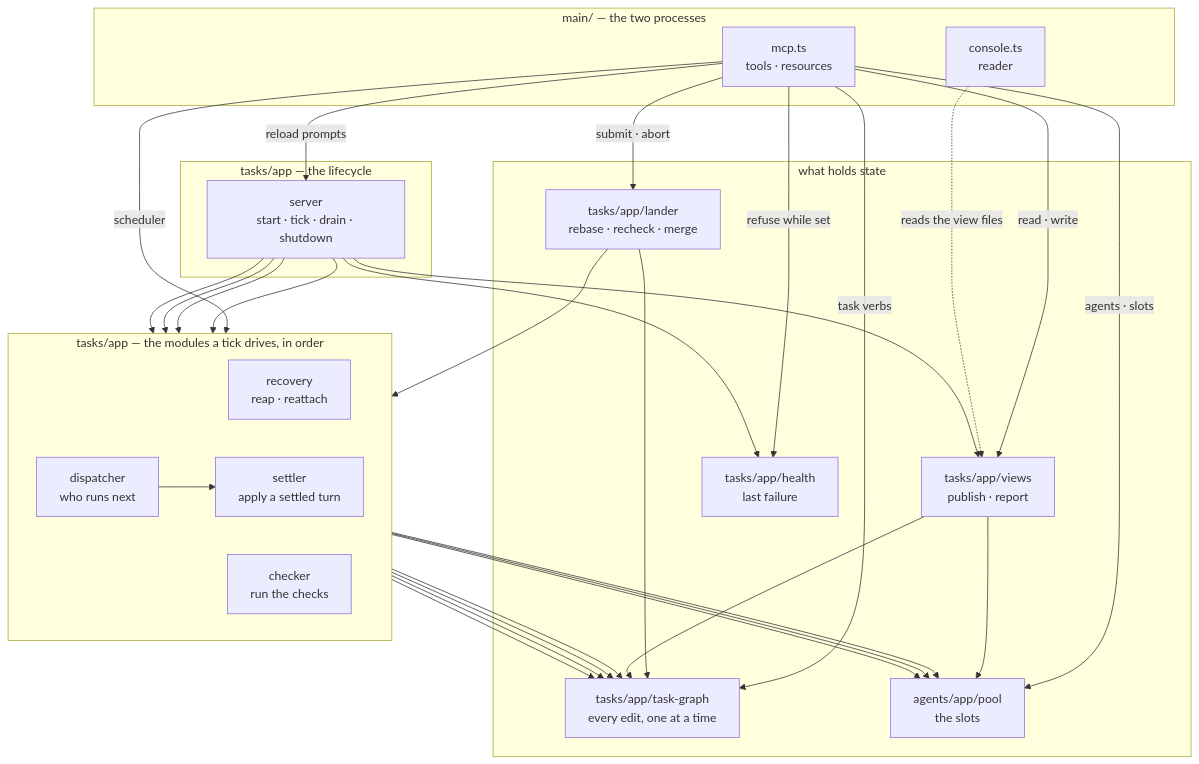
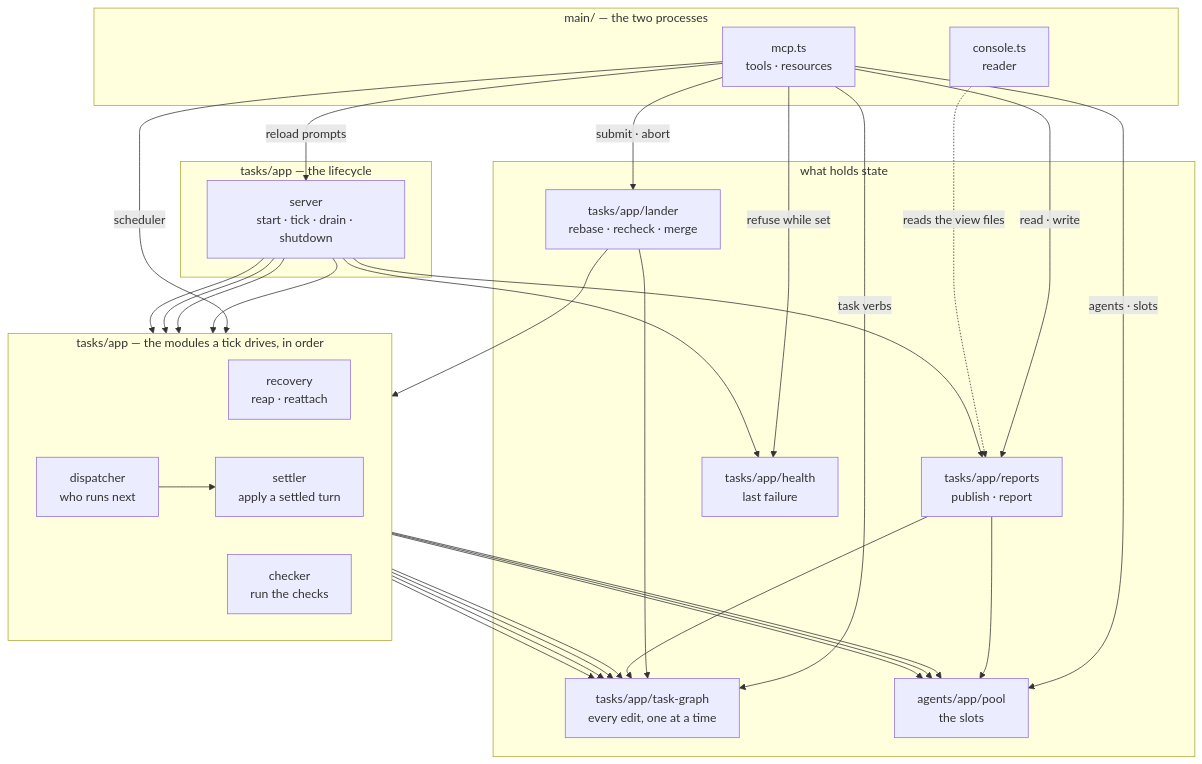
One commit to Pyrolistical/task-graph-template changed the second of 2 diagrams in docs/architecture.md. Above: the diagram before and after it, drawn with Mermaid. The commit also changed other lines of this file and 17 other files, not shown here.

````diff
--- a/docs/architecture.md
+++ b/docs/architecture.md
@@ -135,56 +135,56 @@
 ```mermaid
 flowchart TB
   subgraph procs["main/ — the two processes"]
     mcpTs["mcp.ts<br/>tools · resources"]
     consoleTs["console.ts<br/>reader"]
   end
 
   subgraph life["tasks/app — the lifecycle"]
     server["server<br/>start · tick · drain · shutdown"]
   end
 
   subgraph ticked["tasks/app — the modules a tick drives, in order"]
     direction LR
     recovery["recovery<br/>reap · reattach"]
     checker["checker<br/>run the checks"]
     settler["settler<br/>apply a settled turn"]
     dispatcher["dispatcher<br/>who runs next"]
   end
 
   subgraph held["what holds state"]
     taskGraph["tasks/app/task-graph<br/>every edit, one at a time"]
     pool["agents/app/pool<br/>the slots"]
     lander["tasks/app/lander<br/>rebase · recheck · merge"]
-    views["tasks/app/views<br/>publish · report"]
+    reports["tasks/app/reports<br/>publish · report"]
     health["tasks/app/health<br/>last failure"]
   end
 
   mcpTs -->|task verbs| taskGraph
   mcpTs -->|submit · abort| lander
   mcpTs -->|agents · slots| pool
   mcpTs -->|scheduler| dispatcher
-  mcpTs -->|read · write| views
+  mcpTs -->|read · write| reports
   mcpTs -->|refuse while set| health
   mcpTs -->|reload prompts| server
-  consoleTs -.->|reads the view files| views
+  consoleTs -.->|reads the view files| reports
 
   server --> recovery
   server --> checker
   server --> settler
   server --> dispatcher
-  server --> views
+  server --> reports
   server --> health
 
   dispatcher --> settler
   settler --> pool
   settler --> taskGraph
   dispatcher --> pool
   dispatcher --> taskGraph
   checker --> taskGraph
   recovery --> pool
   recovery --> taskGraph
   lander --> checker
   lander --> taskGraph
-  views --> taskGraph
-  views --> pool
+  reports --> taskGraph
+  reports --> pool
 ```
````
